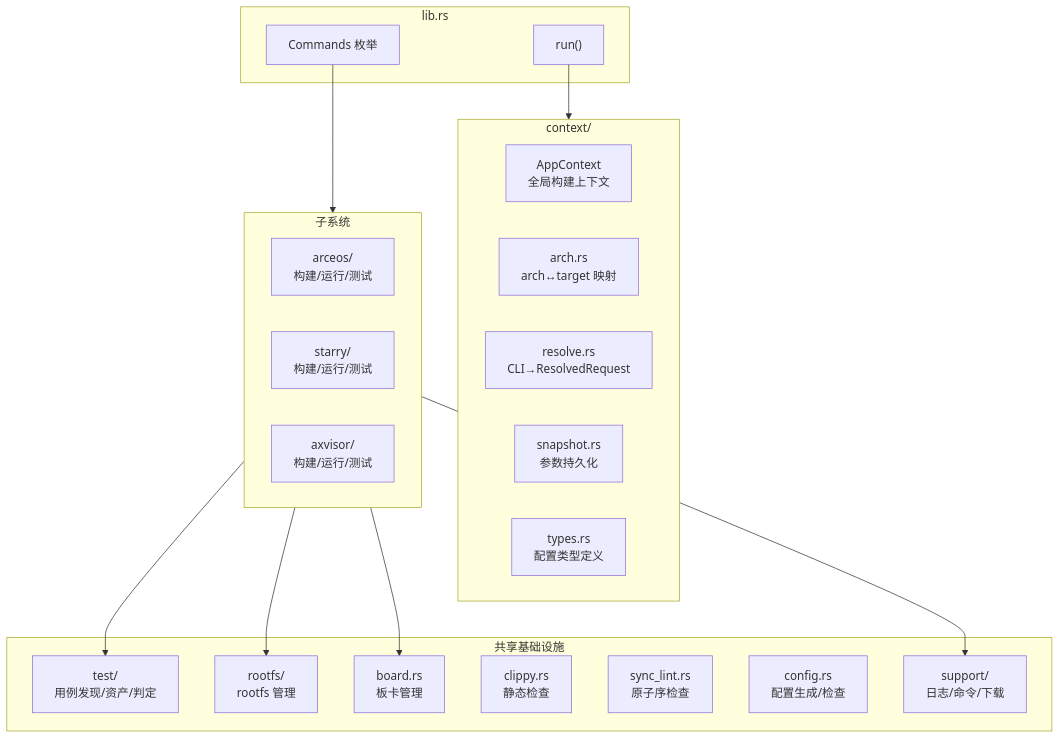
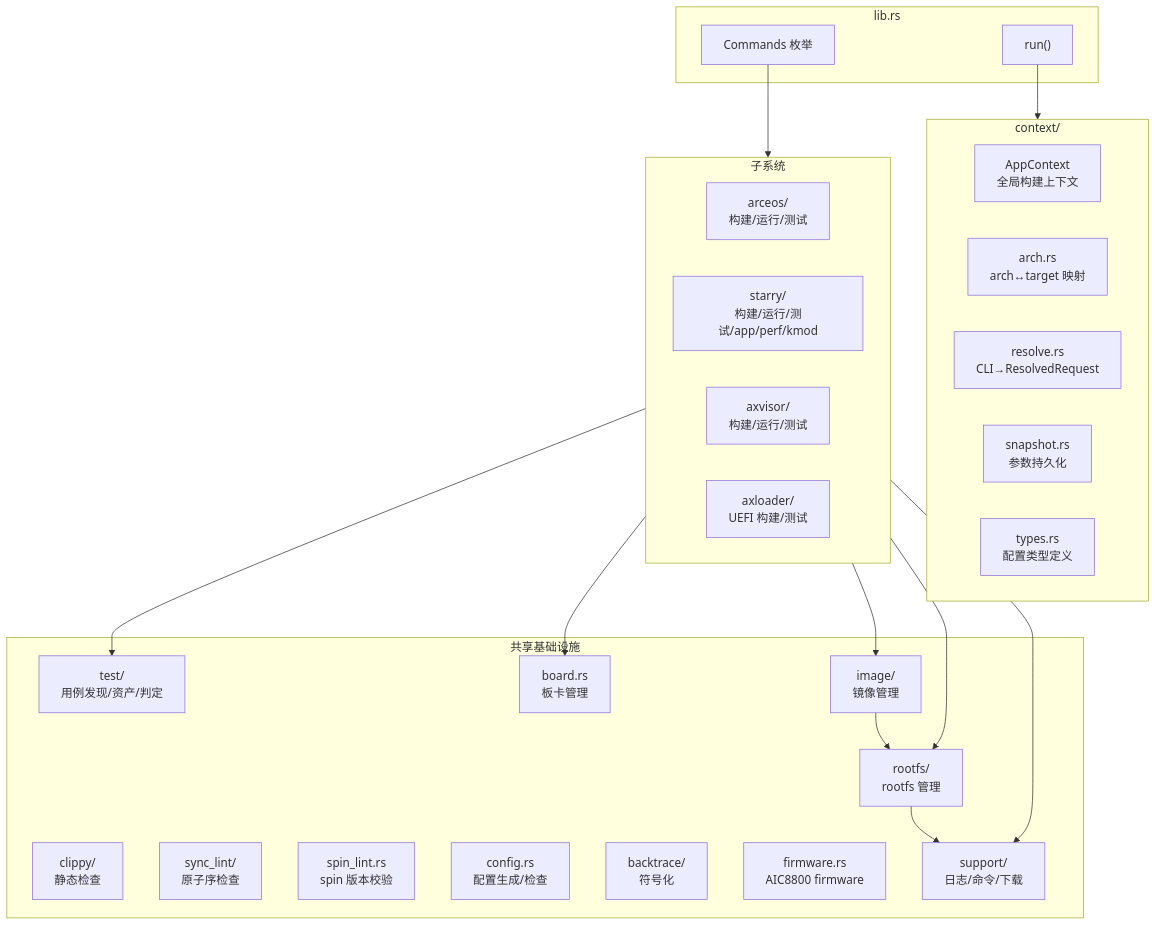
The second of 3 diagrams in docs/docs/build/overview.md (rcore-os/tgoskits), drawn with Mermaid before and after one commit. The commit also changed other lines of this file and 8 other files, not shown here.

````diff
--- a/docs/docs/build/overview.md
+++ b/docs/docs/build/overview.md
@@ -47,38 +51,46 @@
 ```mermaid
 graph TD
     subgraph CLI["lib.rs"]
         CLI_RUN["run()"]
         CLI_CMD["Commands 枚举"]
     end
 
     subgraph CTX["context/"]
         APP["AppContext<br/>全局构建上下文"]
         ARCH["arch.rs<br/>arch↔target 映射"]
         RESOLVE["resolve.rs<br/>CLI→ResolvedRequest"]
         SNAP["snapshot.rs<br/>参数持久化"]
         TYPES["types.rs<br/>配置类型定义"]
     end
 
     subgraph OS["子系统"]
         ARCEOS["arceos/<br/>构建/运行/测试"]
-        STARRY["starry/<br/>构建/运行/测试"]
+        STARRY["starry/<br/>构建/运行/测试/app/perf/kmod"]
         AXVISOR["axvisor/<br/>构建/运行/测试"]
+        AXLOADER["axloader/<br/>UEFI 构建/测试"]
     end
 
     subgraph SHARED["共享基础设施"]
         TEST["test/<br/>用例发现/资产/判定"]
         ROOTFS["rootfs/<br/>rootfs 管理"]
         BOARD["board.rs<br/>板卡管理"]
-        CLIPPY["clippy.rs<br/>静态检查"]
-        SYNC_LINT["sync_lint.rs<br/>原子序检查"]
+        CLIPPY["clippy/<br/>静态检查"]
+        SYNC_LINT["sync_lint/<br/>原子序检查"]
+        SPIN_LINT["spin_lint.rs<br/>spin 版本校验"]
         CONFIG["config.rs<br/>配置生成/检查"]
+        IMAGE["image/<br/>镜像管理"]
+        BACKTRACE["backtrace/<br/>符号化"]
+        FIRMWARE["firmware.rs<br/>AIC8800 firmware"]
         SUPPORT["support/<br/>日志/命令/下载"]
     end
 
     CLI_RUN --> CTX
     CLI_CMD --> OS
     OS --> TEST
     OS --> ROOTFS
+    OS --> IMAGE
     OS --> BOARD
     OS --> SUPPORT
+    IMAGE --> ROOTFS
+    ROOTFS --> SUPPORT
 ```
````
